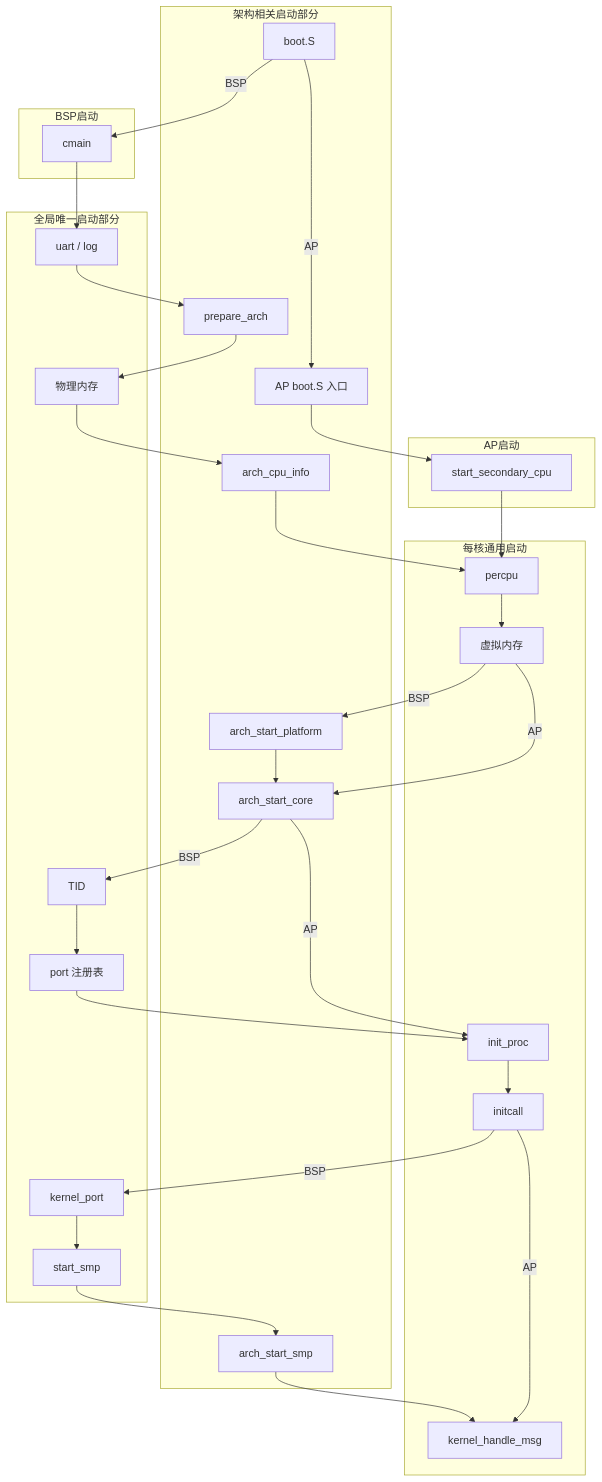
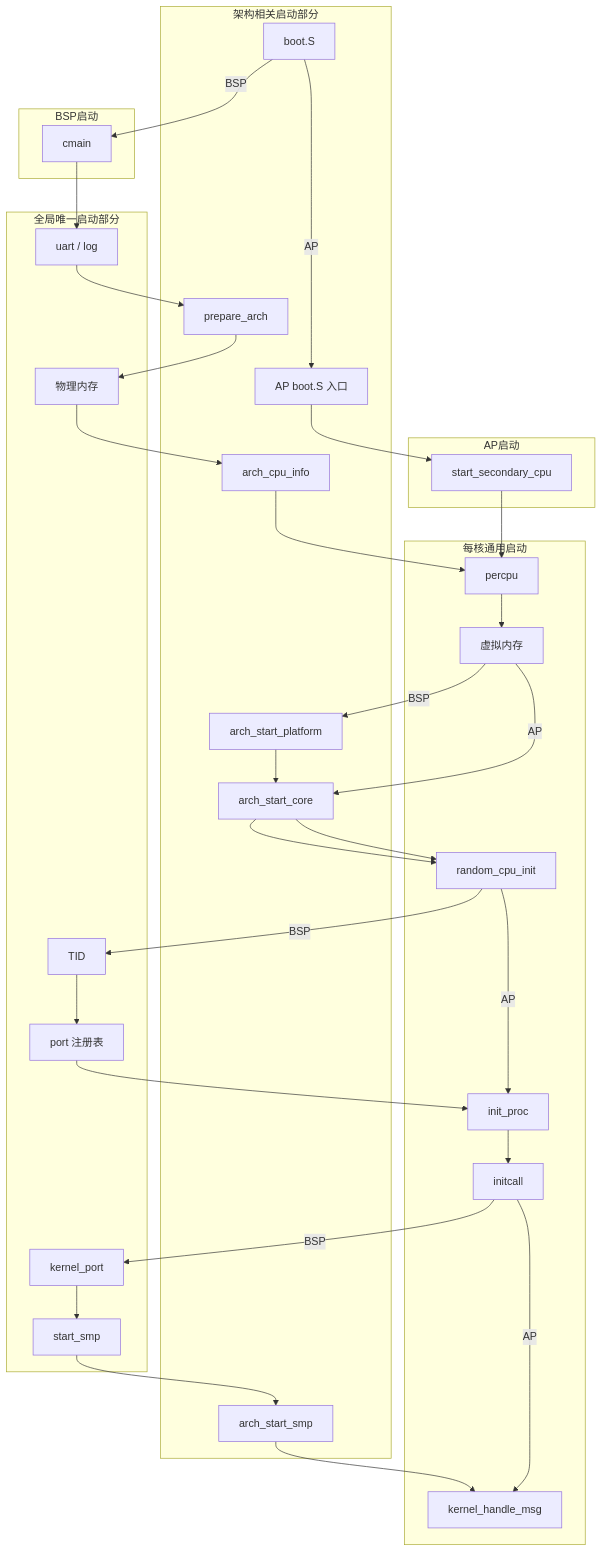
The diagram in docs/v0.1/full/01-启动与初始化/02-启动流程总览.md (ZhiyuanSue/RendezvOS), drawn with Mermaid before and after one commit. The commit also changed other lines of this file and 16 other files, not shown here.

````diff
--- a/docs/v0.1/full/01-启动与初始化/02-启动流程总览.md
+++ b/docs/v0.1/full/01-启动与初始化/02-启动流程总览.md
@@ -44,38 +44,40 @@
 ```mermaid
 flowchart TB
   subgraph arch["架构相关启动部分"]
     b1["boot.S"]
     prep["prepare_arch"]
     info["arch_cpu_info"]
     plat["arch_start_platform"]
     core["arch_start_core"]
     apentry["AP boot.S 入口"]
     archsmp["arch_start_smp"]
   end
   subgraph bsp["BSP启动"]
     cmain["cmain"]
   end
   subgraph platform["全局唯一启动部分"]
     u["uart / log"]
     phy["物理内存"]
     tid["TID"]
     gport["port 注册表"]
     kport["kernel_port"]
     smp["start_smp"]
   end
   subgraph ap["AP启动"]
     sec["start_secondary_cpu"]
   end
   subgraph common["每核通用启动"]
     cpu["percpu"]
     virt["虚拟内存"]
+    rand["random_cpu_init"]
     proc["init_proc"]
     init["initcall"]
     loop["kernel_handle_msg"]
   end
-  b1 -- BSP --> cmain --> u --> prep --> phy --> info --> cpu --> virt -- BSP --> plat --> core
+  b1 -- BSP --> cmain --> u --> prep --> phy --> info --> cpu --> virt -- BSP --> plat --> core --> rand
   b1 -- AP --> apentry --> sec --> cpu
-  virt -- AP --> core -- BSP --> tid --> gport --> proc --> init -- BSP --> kport --> smp --> archsmp --> loop
-  core -- AP --> proc
+  virt -- AP --> core --> rand
+  rand -- BSP --> tid --> gport --> proc --> init -- BSP --> kport --> smp --> archsmp --> loop
+  rand -- AP --> proc
   init -- AP --> loop
 ```
````
